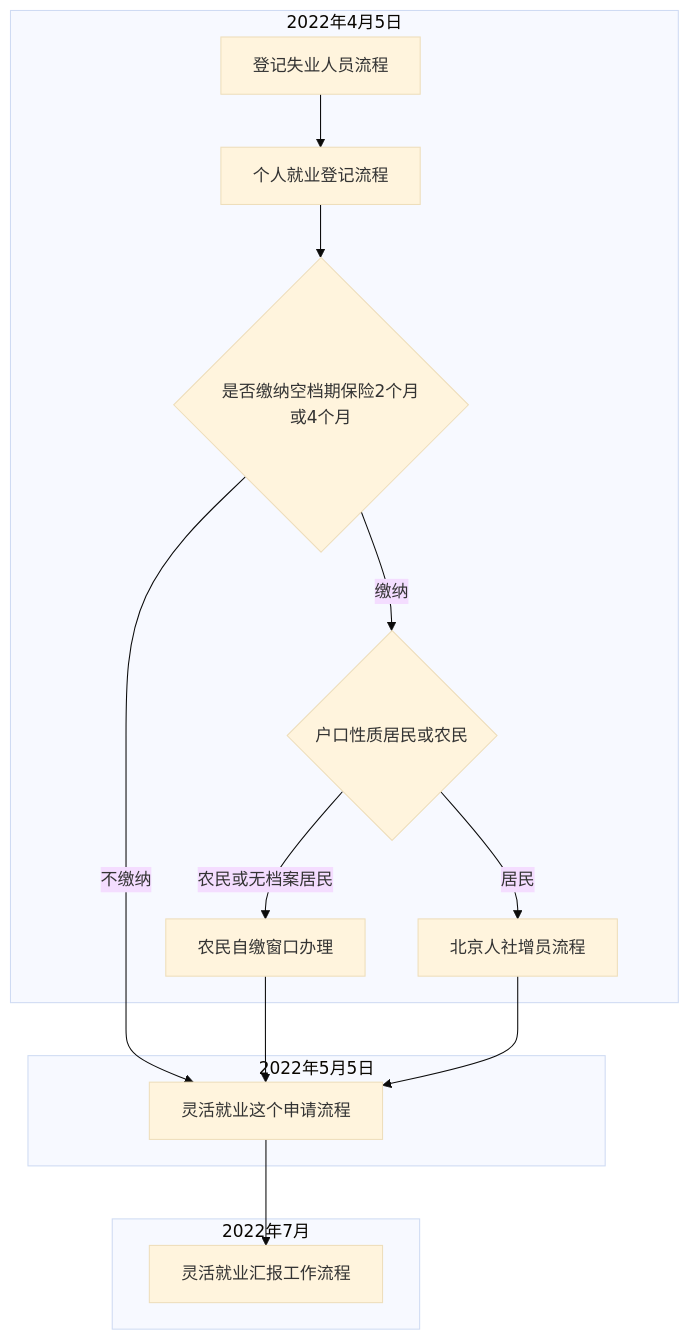
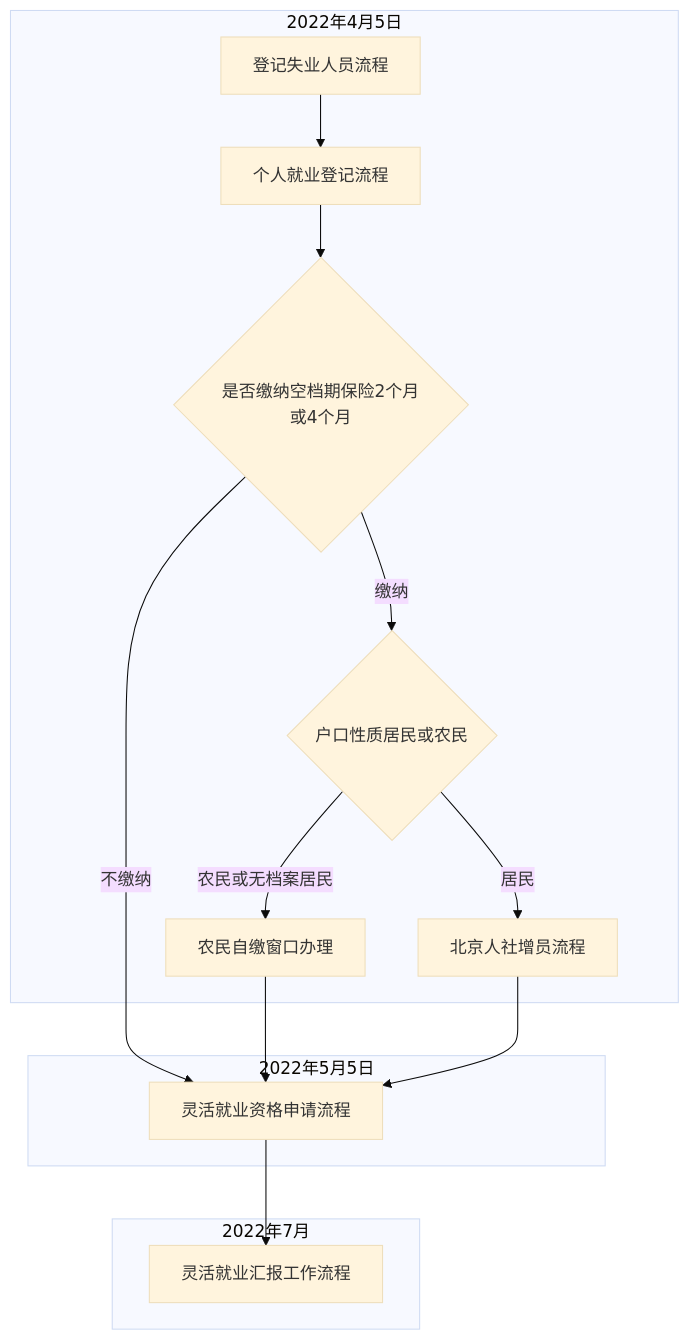
One commit to wangkai1018/wangkai1018.github.io changed the diagram in source/_posts/灵活就业个人社会保险补贴完整流程图.md. Above: the diagram before and after it, drawn with Mermaid (base theme).

Commit message:
更新内容

````diff
--- a/source/_posts/灵活就业个人社会保险补贴完整流程图.md
+++ b/source/_posts/灵活就业个人社会保险补贴完整流程图.md
@@ -9,20 +9,26 @@
 ```mermaid
 graph TB
 subgraph 2022年4月5日
-a[登记失业人员流程]-->b[个人就业登记流程]
-b-->z{是否缴纳空档期保险2个月或4个月}
-z -->|缴纳| y{户口性质居民或农民};
-y -->|居民| w[北京人社增员流程]
-y -->|农民或无档案居民| v[农民自缴窗口办理]
+a1[登记失业人员流程]
+b1[个人就业登记流程]
+z1{是否缴纳空档期保险2个月或4个月}
+w1[北京人社增员流程]
+v1[农民自缴窗口办理]
+y1{户口性质居民或农民}
+a1 -->b1
+b1 -->z1
+z1 -->|缴纳|y1
+y1 -->|居民|w1
+y1 -->|农民或无档案居民|v1
 end
 subgraph 2022年5月5日
-c[灵活就业这个申请流程]
+c1[灵活就业资格申请流程]
 end
 subgraph 2022年7月
-d[灵活就业汇报工作流程]
+d1[灵活就业汇报工作流程]
 end
-z -->|不缴纳| c
-c-->d
-v-->c
-w-->c
+z1 -->|不缴纳|c1
+c1-->d1
+v1-->c1
+w1-->c1
 ```
````
